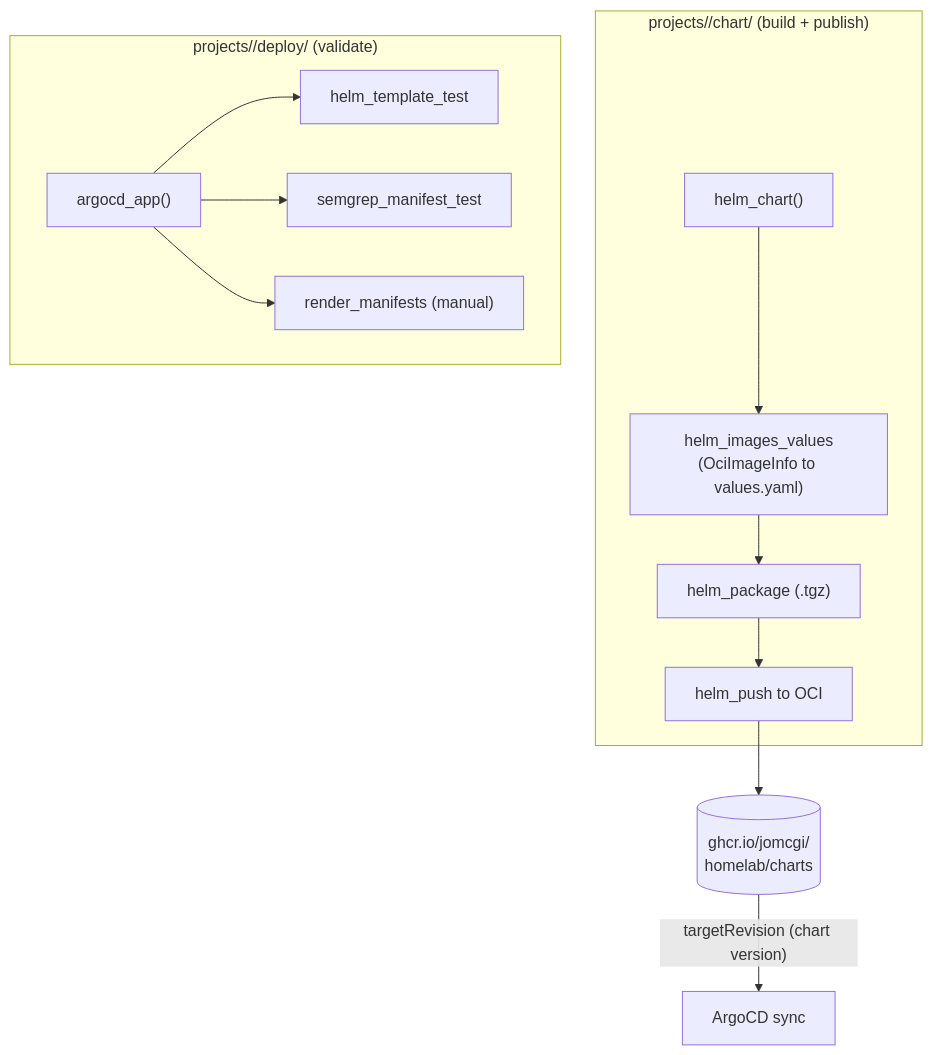
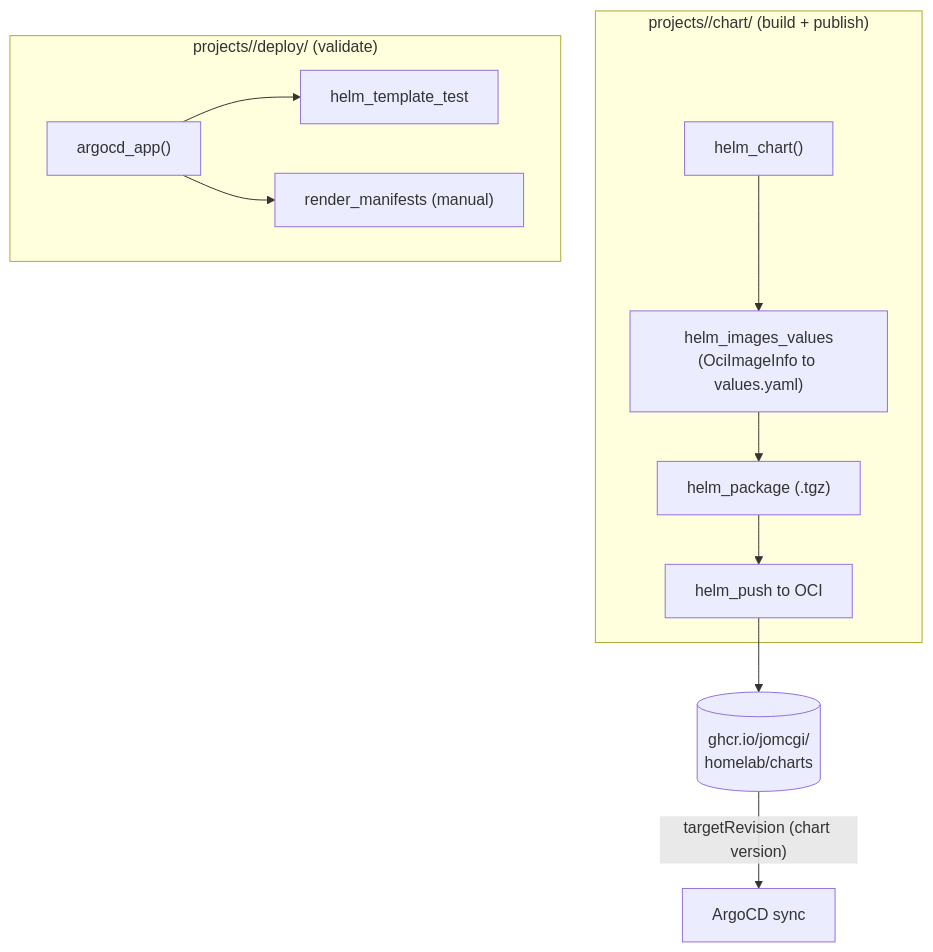
Before and after one commit to jomcgi-org/homelab: the diagram in bazel/helm/README.md, drawn with Mermaid. The commit also changed other lines of this file and 78 other files, not shown here.

````diff
--- a/bazel/helm/README.md
+++ b/bazel/helm/README.md
@@ -33,22 +33,20 @@
 ```mermaid
 flowchart TB
     subgraph "projects/<svc>/chart/  (build + publish)"
         HC["helm_chart()"]
         IMG["helm_images_values<br/>(OciImageInfo to values.yaml)"]
         PKG["helm_package (.tgz)"]
         PUSH["helm_push to OCI"]
         HC --> IMG --> PKG --> PUSH
     end
     subgraph "projects/<svc>/deploy/  (validate)"
         AA["argocd_app()"]
         TT["helm_template_test"]
-        SG["semgrep_manifest_test"]
         RM["render_manifests (manual)"]
         AA --> TT
-        AA --> SG
         AA --> RM
     end
     OCI[("ghcr.io/jomcgi/<br/>homelab/charts")]
     PUSH --> OCI
     OCI -->|"targetRevision (chart version)"| ARGO[ArgoCD sync]
 ```
````
